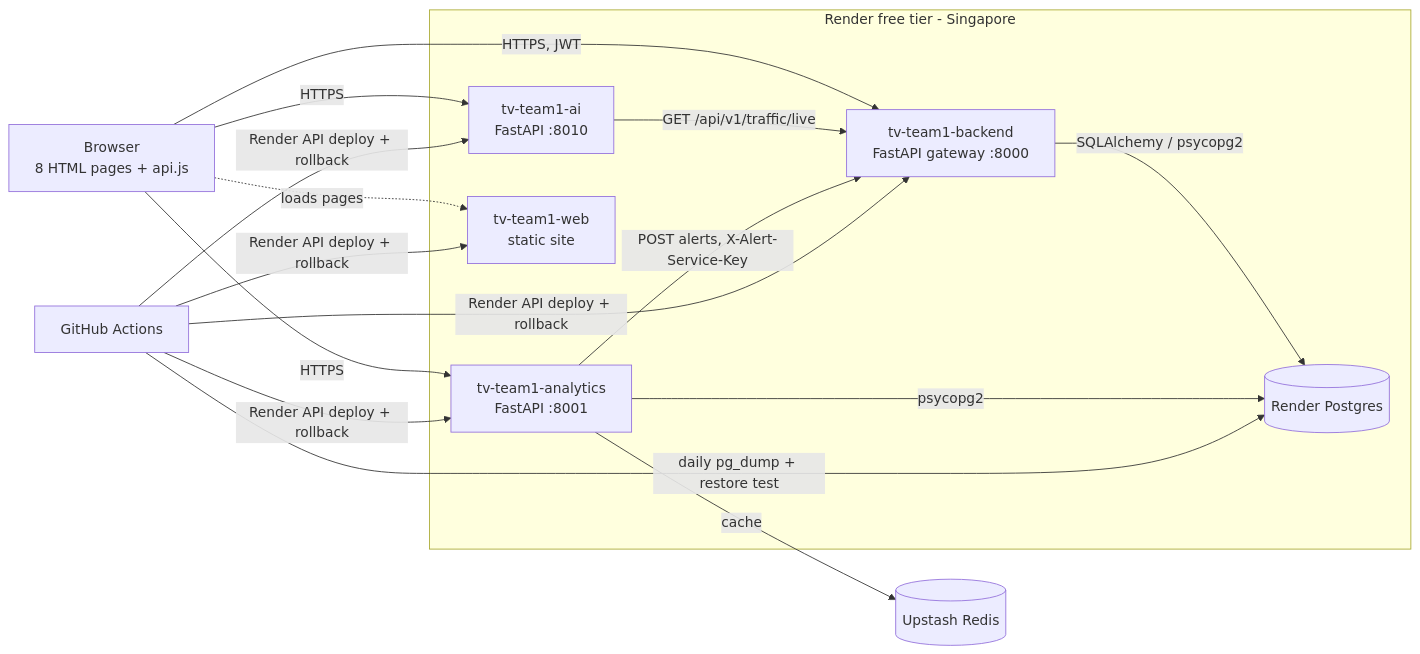
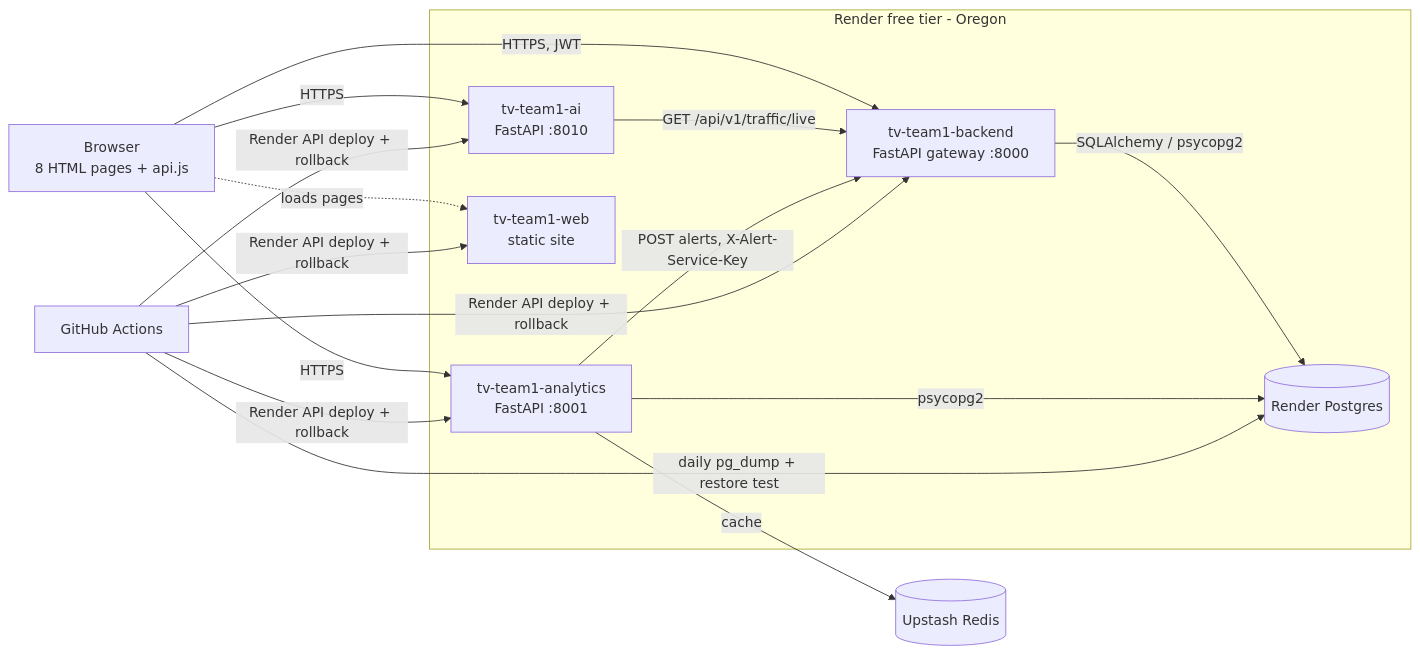
One commit to springboardmentor98765v/Traffic-Prediction-and-Intelligent-Congestion-Management- changed the first of 2 diagrams in docs/final/ARCHITECTURE.md. Above: the diagram before and after it, drawn with Mermaid. The commit also changed other lines of this file and 40 other files, not shown here.

````diff
--- a/docs/final/ARCHITECTURE.md
+++ b/docs/final/ARCHITECTURE.md
@@ -5,24 +5,24 @@
 ```mermaid
 flowchart LR
     U[Browser<br/>8 HTML pages + api.js] -->|HTTPS, JWT| GW
     U -->|HTTPS| AN
     U -->|HTTPS| AI
 
-    subgraph Render free tier - Singapore
+    subgraph Render free tier - Oregon
       WEB[tv-team1-web<br/>static site]
       GW[tv-team1-backend<br/>FastAPI gateway :8000]
       AN[tv-team1-analytics<br/>FastAPI :8001]
       AI[tv-team1-ai<br/>FastAPI :8010]
       PG[(Render Postgres)]
     end
 
     U -. loads pages .-> WEB
     GW -->|SQLAlchemy / psycopg2| PG
     AN -->|psycopg2| PG
     AN -->|cache| RD[(Upstash Redis)]
     AI -->|GET /api/v1/traffic/live| GW
     AN -->|POST alerts, X-Alert-Service-Key| GW
 
     GH[GitHub Actions] -->|Render API deploy + rollback| GW & AN & AI & WEB
     GH -->|daily pg_dump + restore test| PG
 ```
````
